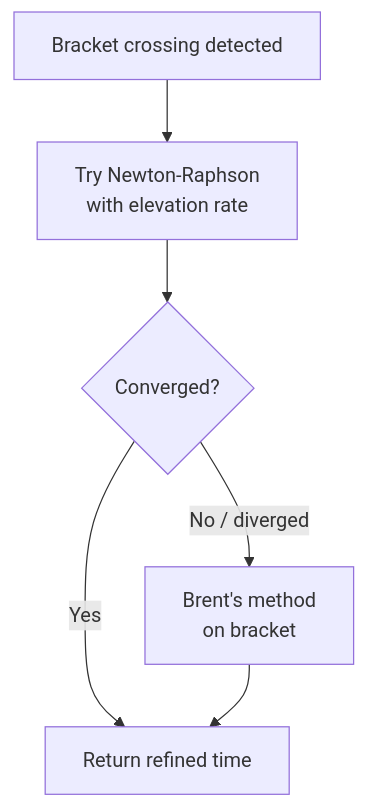
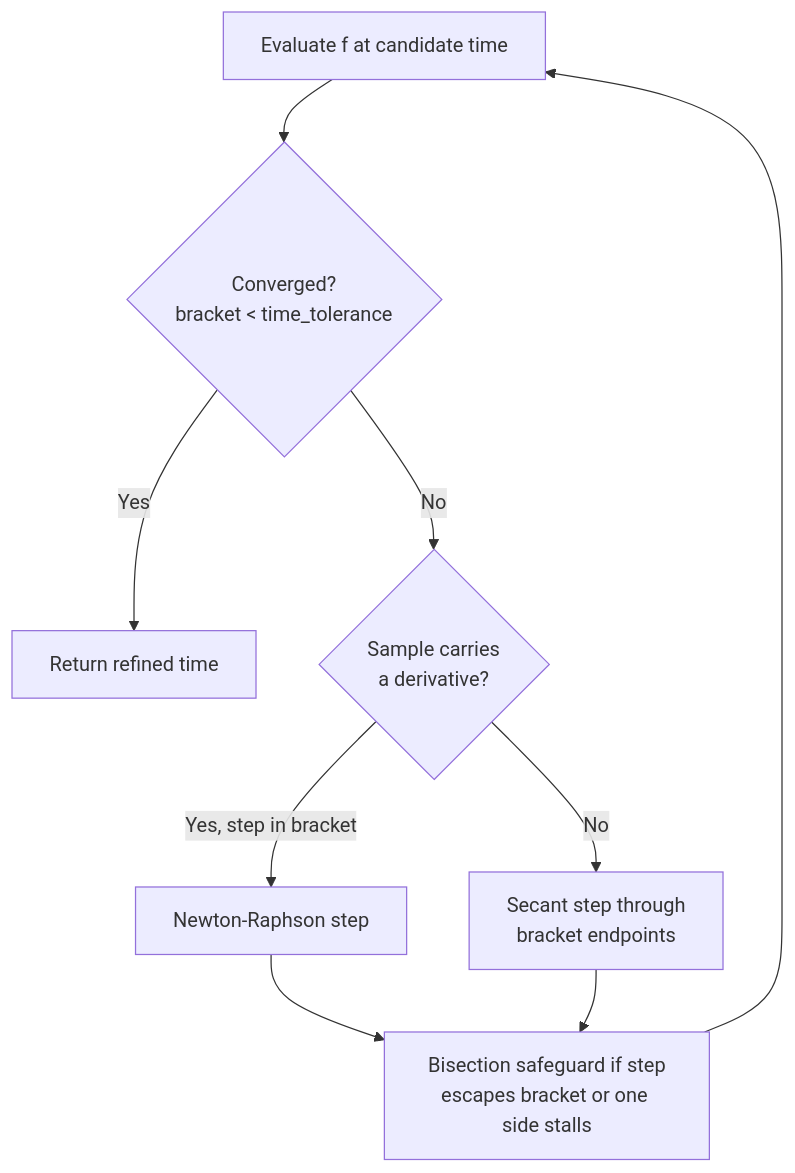
Before and after one commit to steg87/sgp4-predict: the second of 2 diagrams in docs/event-detection.md, drawn with Mermaid. The commit also changed other lines of this file and 29 other files, not shown here.

````diff
--- a/docs/event-detection.md
+++ b/docs/event-detection.md
@@ -43,8 +52,11 @@
 ```mermaid
 flowchart TD
-    A[Bracket crossing detected] --> B[Try Newton-Raphson\nwith elevation rate]
-    B --> C{Converged?}
-    C -- Yes --> D[Return refined time]
-    C -- No / diverged --> E[Brent's method\non bracket]
-    E --> D
+    A[Evaluate f at candidate time] --> B{Converged?\nbracket < time_tolerance}
+    B -- Yes --> C[Return refined time]
+    B -- No --> D{Sample carries\na derivative?}
+    D -- Yes, step in bracket --> E[Newton-Raphson step]
+    D -- No --> F[Secant step through\nbracket endpoints]
+    E --> G[Bisection safeguard if step\nescapes bracket or one side stalls]
+    F --> G
+    G --> A
 ```
````
